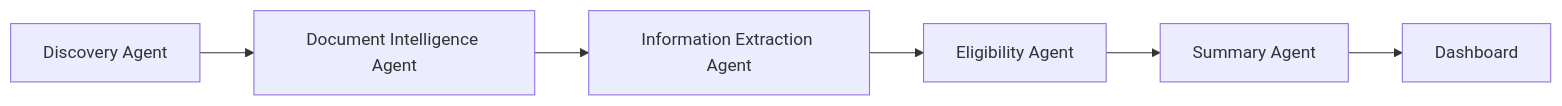
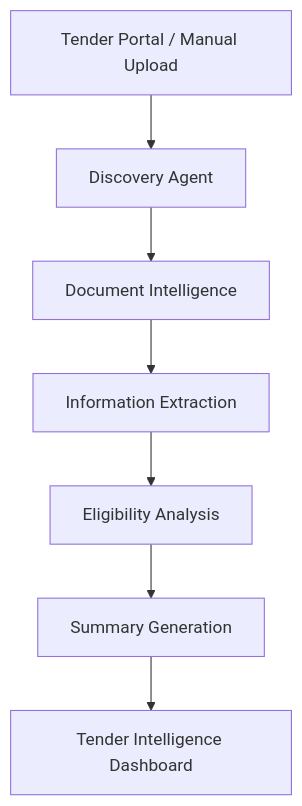
Before and after one commit to YashasviRajput13/Tender_Live: the second of 3 diagrams in README.md, drawn with Mermaid. The commit also changed other lines of this file, not shown here.

````diff
--- a/README.md
+++ b/README.md
@@ -50,8 +177,16 @@
 ```mermaid
-flowchart LR
-A[Discovery Agent] --> B[Document Intelligence Agent]
-B --> C[Information Extraction Agent]
-C --> D[Eligibility Agent]
-D --> E[Summary Agent]
-E --> F[Dashboard]
+flowchart TD
+
+A[Tender Portal / Manual Upload]
+--> B[Discovery Agent]
+
+B --> C[Document Intelligence]
+
+C --> D[Information Extraction]
+
+D --> E[Eligibility Analysis]
+
+E --> F[Summary Generation]
+
+F --> G[Tender Intelligence Dashboard]
 ```
````
